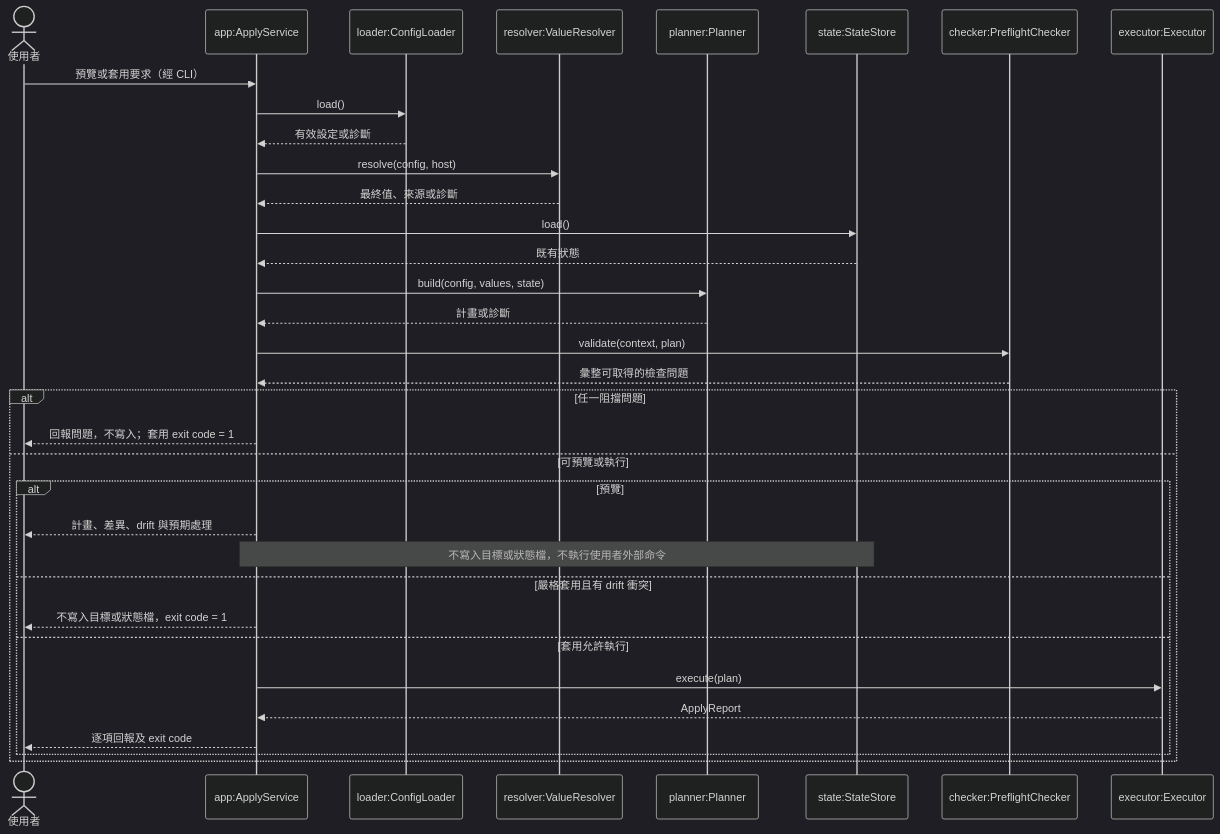
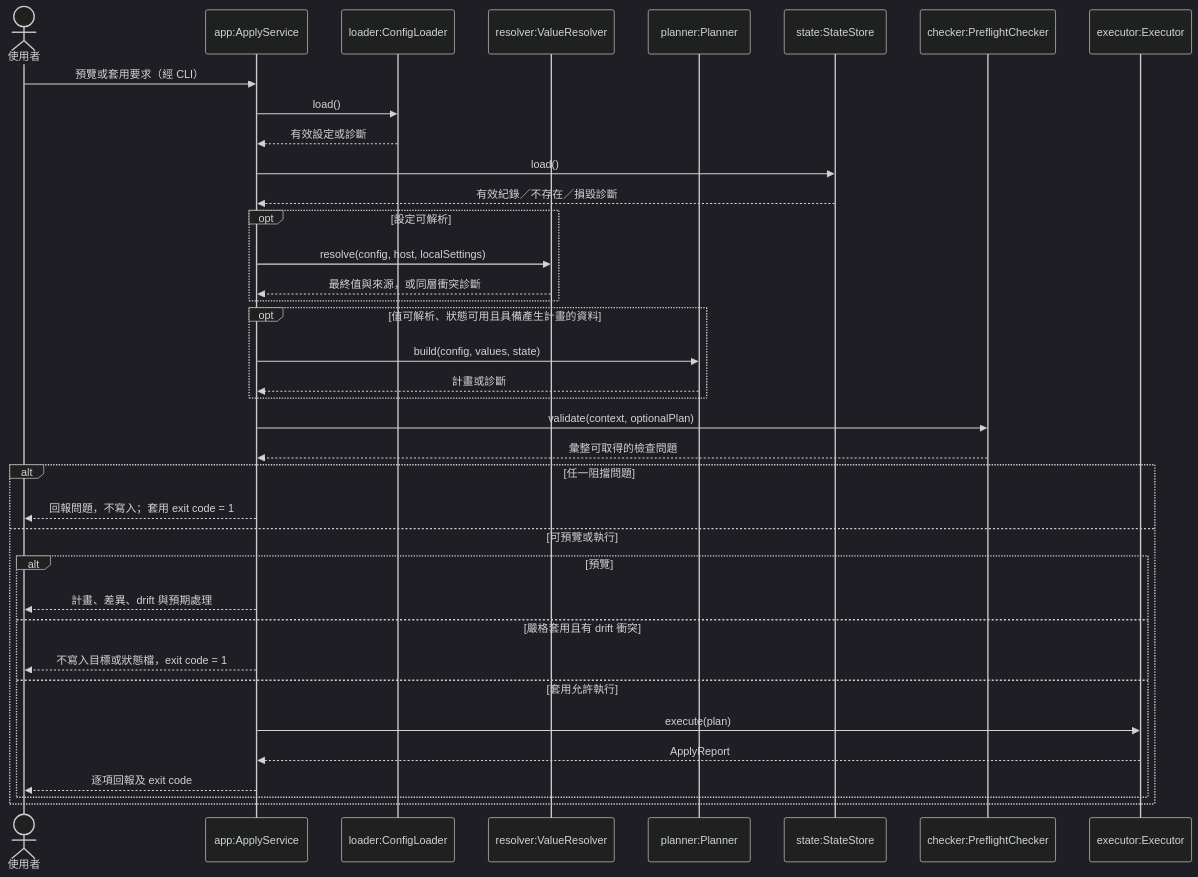
One commit to accidental-two-timer-sam-woof/rosamta-waterfall changed the fifth of 10 diagrams in docs/03-preliminary-design/uml.md. Above: the diagram before and after it, drawn with Mermaid (dark theme). The commit also changed other lines of this file, not shown here.

Commit message:
docs: fix UML consistency with SRS

````diff
--- a/docs/03-preliminary-design/uml.md
+++ b/docs/03-preliminary-design/uml.md
@@ -229,36 +223,39 @@
 ```mermaid
 sequenceDiagram
     actor U as 使用者
     participant A as app:ApplyService
     participant C as loader:ConfigLoader
     participant V as resolver:ValueResolver
     participant P as planner:Planner
     participant S as state:StateStore
     participant K as checker:PreflightChecker
     participant E as executor:Executor
     U->>A: 預覽或套用要求（經 CLI）
     A->>C: load()
     C-->>A: 有效設定或診斷
-    A->>V: resolve(config, host)
-    V-->>A: 最終值、來源或診斷
     A->>S: load()
-    S-->>A: 既有狀態
-    A->>P: build(config, values, state)
-    P-->>A: 計畫或診斷
-    A->>K: validate(context, plan)
+    S-->>A: 有效紀錄／不存在／損毀診斷
+    opt 設定可解析
+        A->>V: resolve(config, host, localSettings)
+        V-->>A: 最終值與來源，或同層衝突診斷
+    end
+    opt 值可解析、狀態可用且具備產生計畫的資料
+        A->>P: build(config, values, state)
+        P-->>A: 計畫或診斷
+    end
+    A->>K: validate(context, optionalPlan)
     K-->>A: 彙整可取得的檢查問題
     alt 任一阻擋問題
         A-->>U: 回報問題，不寫入；套用 exit code = 1
     else 可預覽或執行
         alt 預覽
             A-->>U: 計畫、差異、drift 與預期處理
-            Note over A,S: 不寫入目標或狀態檔，不執行使用者外部命令
         else 嚴格套用且有 drift 衝突
             A-->>U: 不寫入目標或狀態檔，exit code = 1
         else 套用允許執行
             A->>E: execute(plan)
             E-->>A: ApplyReport
             A-->>U: 逐項回報及 exit code
         end
     end
 ```
````
